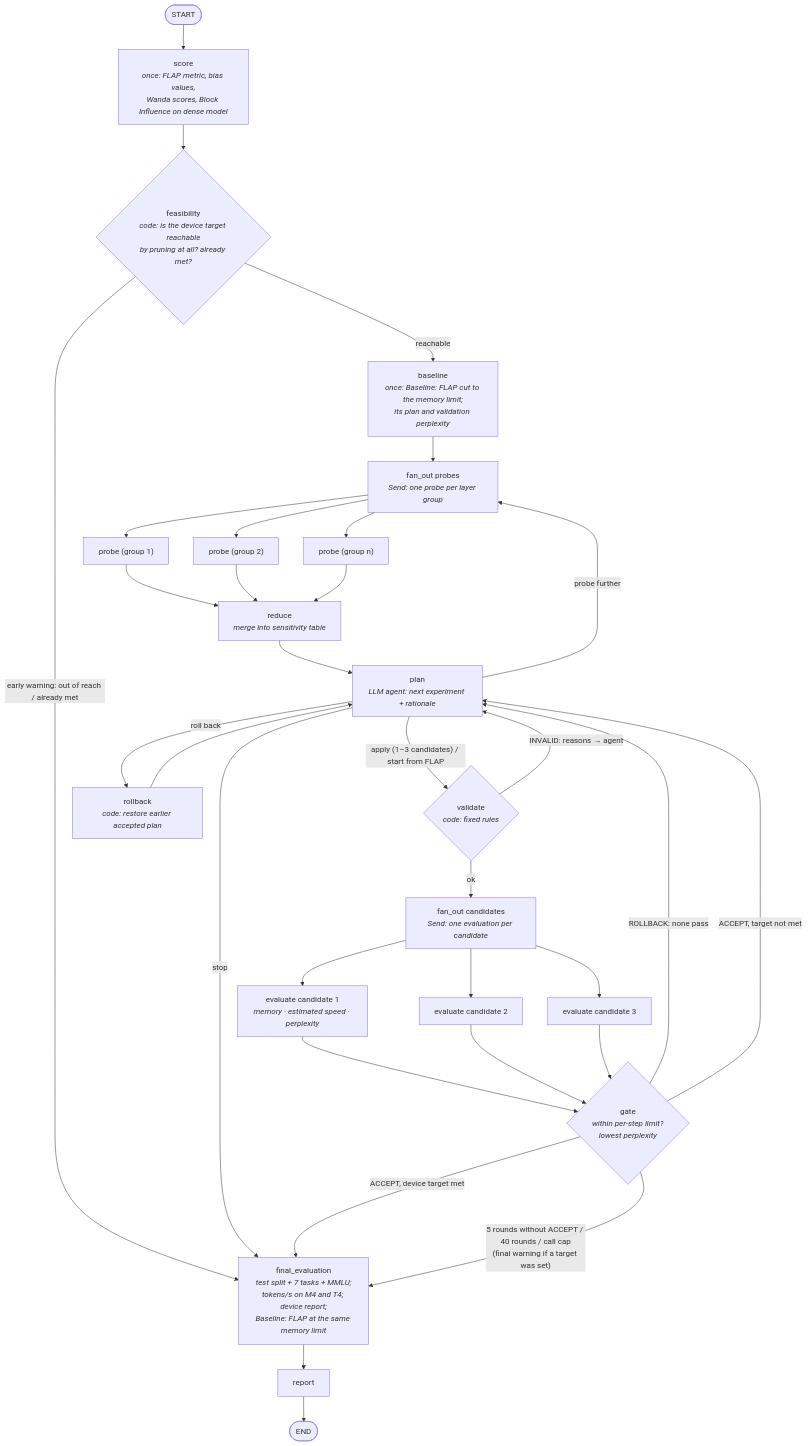
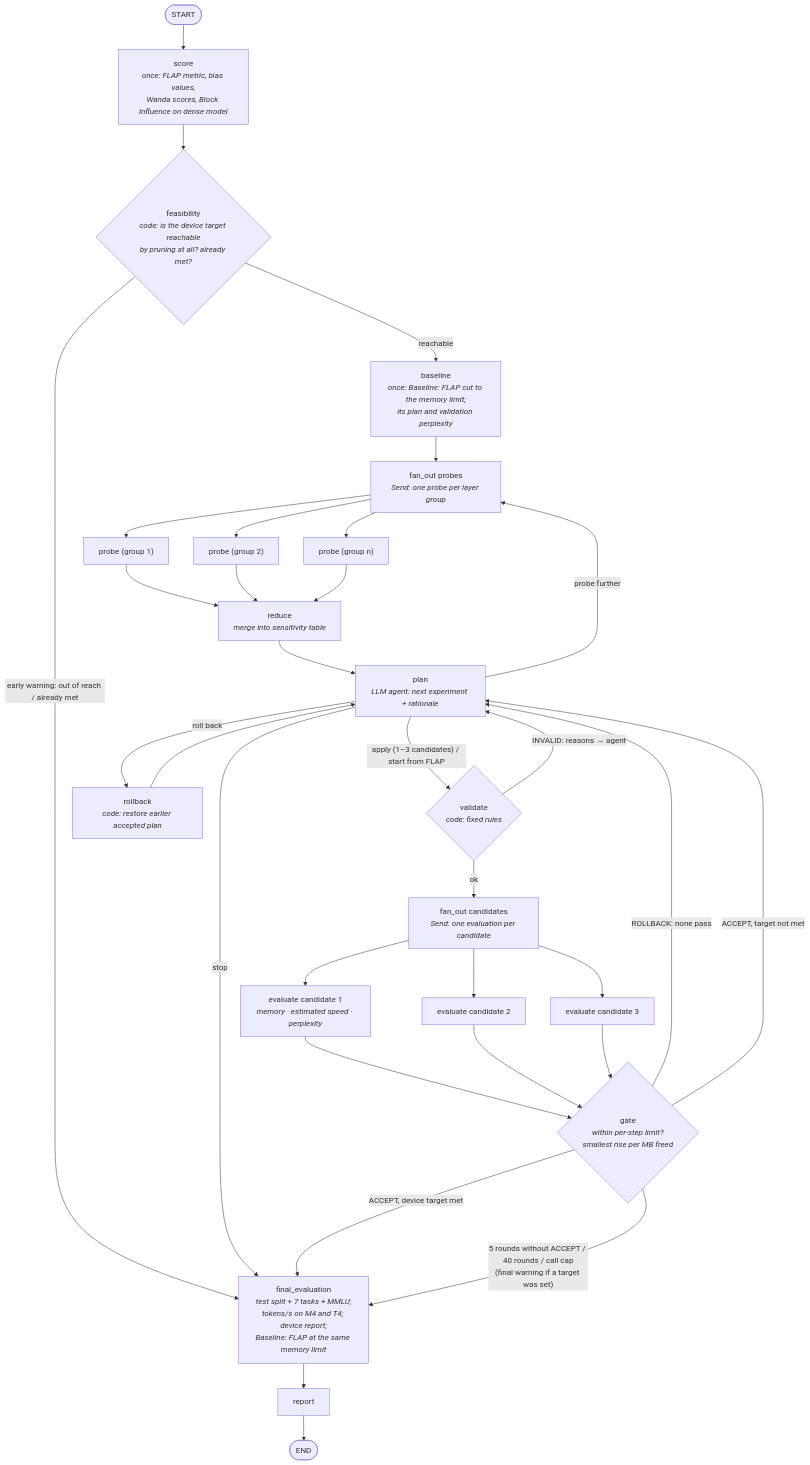
The third of 4 diagrams in ARCHITECTURE.md (stephxu96/pruneagent), drawn with Mermaid before and after one commit. The commit also changed other lines of this file and 7 other files, not shown here.

First line of the commit message:
Tasks 2.5, 2.6: candidate evaluator that skips unchanged early layers; gate on rise per MB freed

````diff
--- a/ARCHITECTURE.md
+++ b/ARCHITECTURE.md
@@ -251,24 +251,24 @@
 ```mermaid
 flowchart TD
     S([START]) --> SC["score<br/><i>once: FLAP metric, bias values,<br/>Wanda scores, Block Influence on dense model</i>"]
     SC --> FE{"feasibility<br/><i>code: is the device target reachable<br/>by pruning at all? already met?</i>"}
     FE -- "early warning: out of reach / already met" --> FN
     FE -- "reachable" --> BR["baseline<br/><i>once: Baseline: FLAP cut to the memory limit;<br/>its plan and validation perplexity</i>"]
     BR --> FO["fan_out probes<br/><i>Send: one probe per layer group</i>"]
     FO --> PB1["probe (group 1)"] & PB2["probe (group 2)"] & PBN["probe (group n)"]
     PB1 & PB2 & PBN --> RD["reduce<br/><i>merge into sensitivity table</i>"]
     RD --> PL["plan<br/><i>LLM agent: next experiment + rationale</i>"]
     PL -- "probe further" --> FO
     PL -- "stop" --> FN
     PL -- "apply (1–3 candidates) / start from FLAP" --> VA{"validate<br/><i>code: fixed rules</i>"}
     PL -- "roll back" --> RB["rollback<br/><i>code: restore earlier accepted plan</i>"] --> PL
     VA -- "INVALID: reasons → agent" --> PL
     VA -- "ok" --> FC["fan_out candidates<br/><i>Send: one evaluation per candidate</i>"]
     FC --> E1["evaluate candidate 1<br/><i>memory · estimated speed · perplexity</i>"] & E2["evaluate candidate 2"] & E3["evaluate candidate 3"]
-    E1 & E2 & E3 --> GT{"gate<br/><i>within per-step limit?<br/>lowest perplexity</i>"}
+    E1 & E2 & E3 --> GT{"gate<br/><i>within per-step limit?<br/>smallest rise per MB freed</i>"}
     GT -- "ROLLBACK: none pass" --> PL
     GT -- "ACCEPT, target not met" --> PL
     GT -- "ACCEPT, device target met" --> FN
     GT -- "5 rounds without ACCEPT / 40 rounds / call cap<br/>(final warning if a target was set)" --> FN["final_evaluation<br/><i>test split + 7 tasks + MMLU;<br/>tokens/s on M4 and T4; device report;<br/>Baseline: FLAP at the same memory limit</i>"]
     FN --> RP["report"] --> E([END])
 ```
````
